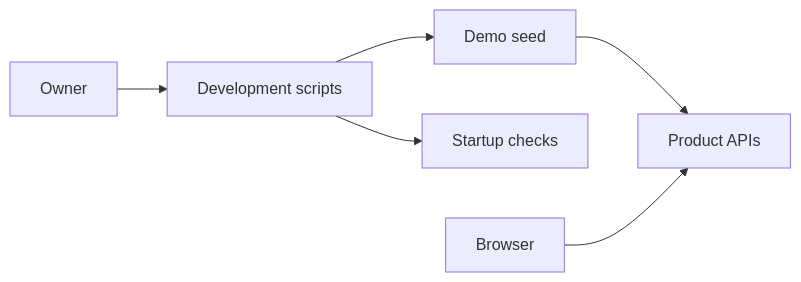
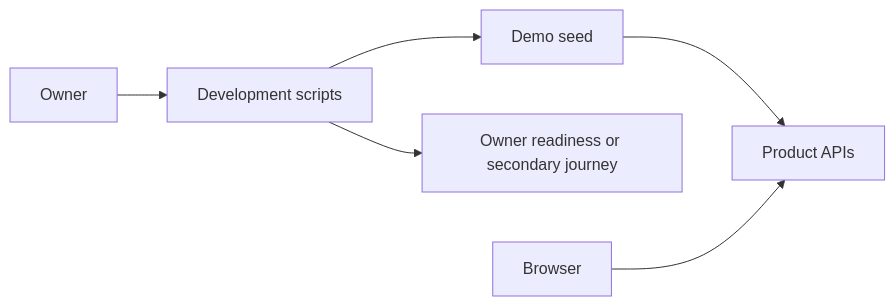
One commit to elewa-git/opencrane-new changed the diagram in docs/process/demo/README.md. Above: the diagram before and after it, drawn with Mermaid. The commit also changed other lines of this file and 5 other files, not shown here.

Commit message:
📝 Document owner readiness recovery and switching real mode off

````diff
--- a/docs/process/demo/README.md
+++ b/docs/process/demo/README.md
@@ -13,8 +13,8 @@
 ```mermaid
 flowchart LR
   Owner --> Scripts[Development scripts]
   Scripts --> Seed[Demo seed]
-  Scripts --> Journey[Startup checks]
+  Scripts --> Checks[Owner readiness or secondary journey]
   Seed --> API[Product APIs]
   Browser --> API
 ```
````
